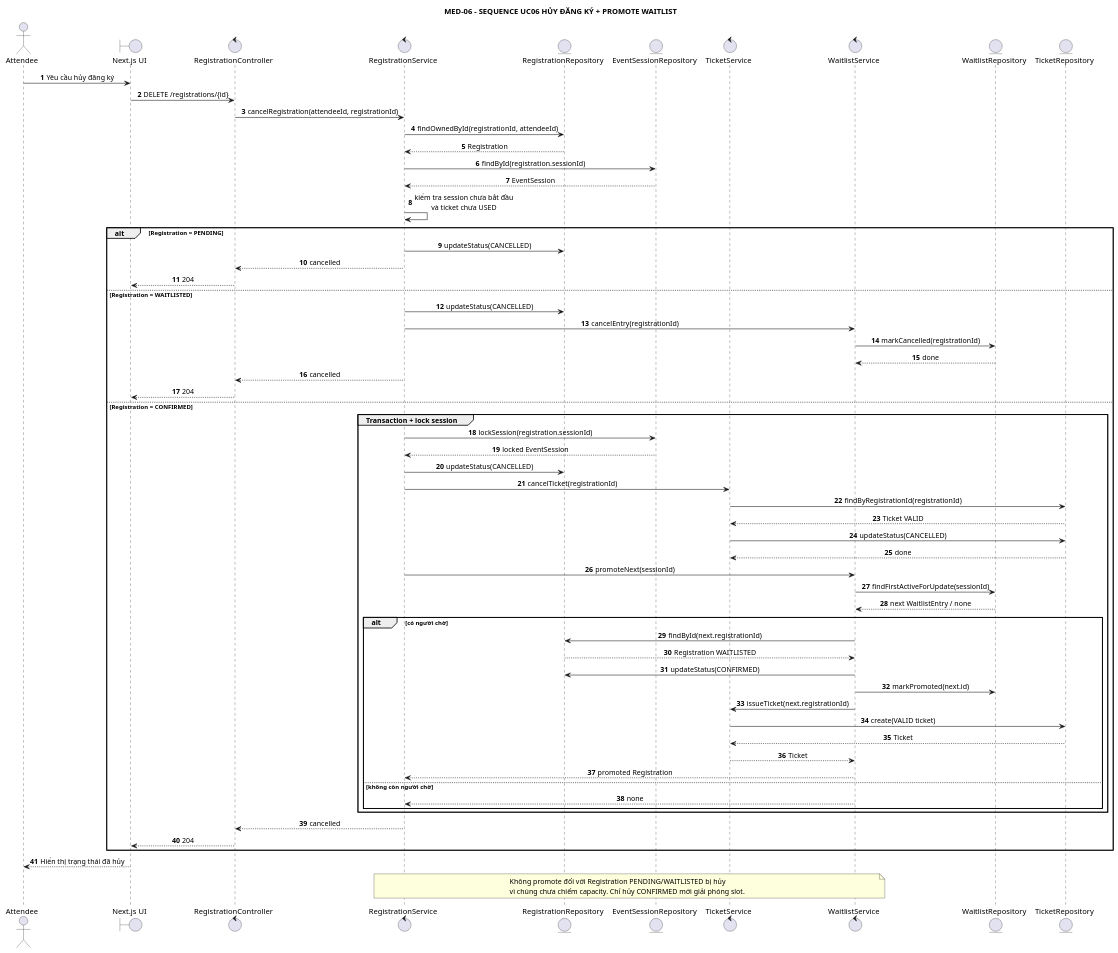
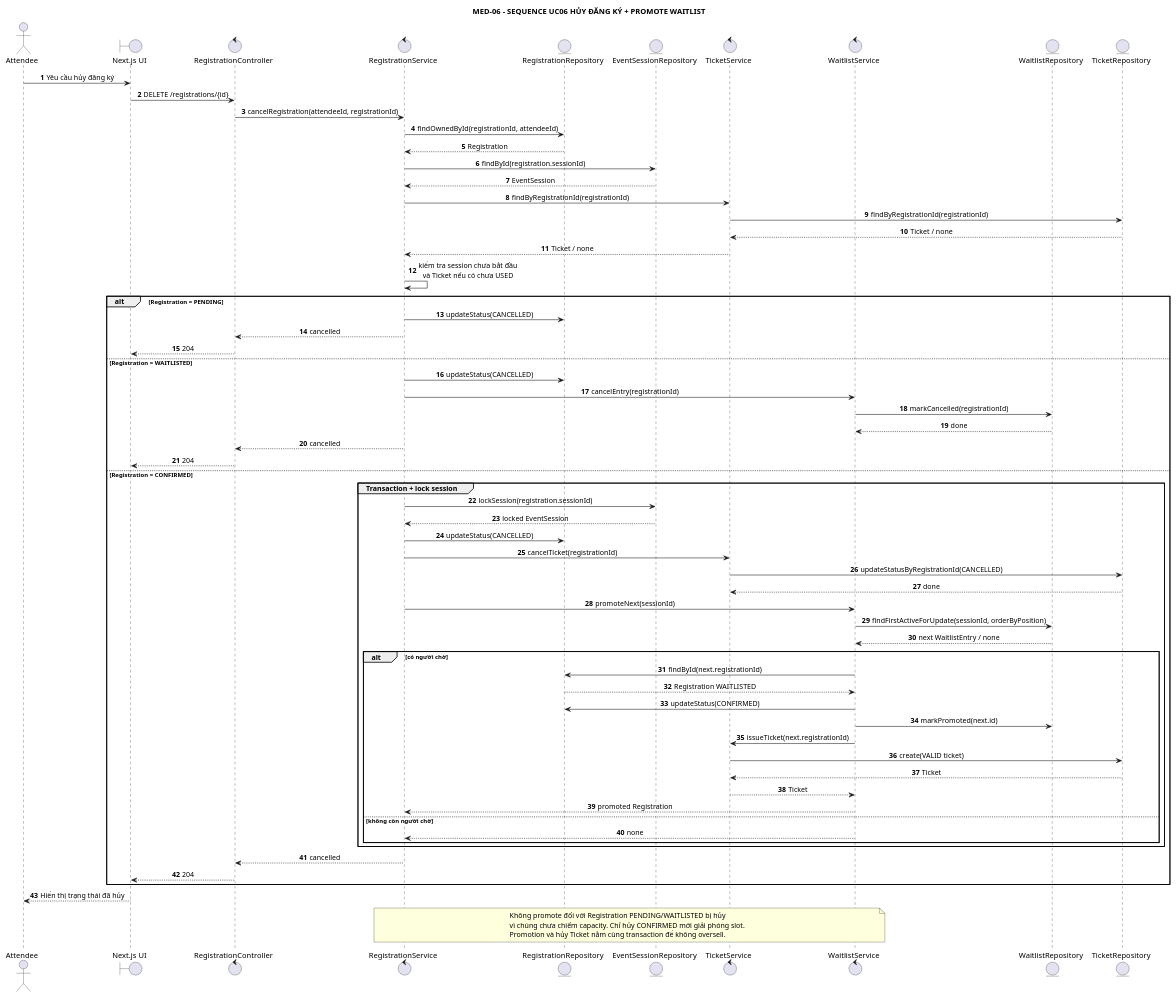
The diagram in PTTK/05_Sequence/02-uc06-cancel-promote-waitlist.puml (anh632k-ui/OOP-DoAn), drawn with PlantUML before and after one commit.

Commit message:
review(pttk): fix UC06 ticket validation and promotion ordering

```diff
--- a/PTTK/05_Sequence/02-uc06-cancel-promote-waitlist.puml
+++ b/PTTK/05_Sequence/02-uc06-cancel-promote-waitlist.puml
@@ -1,83 +1,86 @@
 @startuml
 skinparam shadowing false
 skinparam sequenceMessageAlign center
 skinparam responseMessageBelowArrow true
 
 title MED-06 - SEQUENCE UC06 HỦY ĐĂNG KÝ + PROMOTE WAITLIST
 
 actor Attendee
 boundary "Next.js UI" as UI
 control "RegistrationController" as RC
 control "RegistrationService" as RS
 entity "RegistrationRepository" as RR
 entity "EventSessionRepository" as ESR
 control "TicketService" as TS
 control "WaitlistService" as WS
 entity "WaitlistRepository" as WR
 entity "TicketRepository" as TR
 
 autonumber
 Attendee -> UI : Yêu cầu hủy đăng ký
 UI -> RC : DELETE /registrations/{id}
 RC -> RS : cancelRegistration(attendeeId, registrationId)
 RS -> RR : findOwnedById(registrationId, attendeeId)
 RR --> RS : Registration
 RS -> ESR : findById(registration.sessionId)
 ESR --> RS : EventSession
-RS -> RS : kiểm tra session chưa bắt đầu\nvà ticket chưa USED
+RS -> TS : findByRegistrationId(registrationId)
+TS -> TR : findByRegistrationId(registrationId)
+TR --> TS : Ticket / none
+TS --> RS : Ticket / none
+RS -> RS : kiểm tra session chưa bắt đầu\nvà Ticket nếu có chưa USED
 
 alt Registration = PENDING
   RS -> RR : updateStatus(CANCELLED)
   RS --> RC : cancelled
   RC --> UI : 204
 
 else Registration = WAITLISTED
   RS -> RR : updateStatus(CANCELLED)
   RS -> WS : cancelEntry(registrationId)
   WS -> WR : markCancelled(registrationId)
   WR --> WS : done
   RS --> RC : cancelled
   RC --> UI : 204
 
 else Registration = CONFIRMED
   group Transaction + lock session
     RS -> ESR : lockSession(registration.sessionId)
     ESR --> RS : locked EventSession
     RS -> RR : updateStatus(CANCELLED)
     RS -> TS : cancelTicket(registrationId)
-    TS -> TR : findByRegistrationId(registrationId)
-    TR --> TS : Ticket VALID
-    TS -> TR : updateStatus(CANCELLED)
+    TS -> TR : updateStatusByRegistrationId(CANCELLED)
     TR --> TS : done
 
     RS -> WS : promoteNext(sessionId)
-    WS -> WR : findFirstActiveForUpdate(sessionId)
+    WS -> WR : findFirstActiveForUpdate(sessionId, orderByPosition)
     WR --> WS : next WaitlistEntry / none
 
     alt có người chờ
       WS -> RR : findById(next.registrationId)
       RR --> WS : Registration WAITLISTED
       WS -> RR : updateStatus(CONFIRMED)
       WS -> WR : markPromoted(next.id)
       WS -> TS : issueTicket(next.registrationId)
       TS -> TR : create(VALID ticket)
       TR --> TS : Ticket
       TS --> WS : Ticket
       WS --> RS : promoted Registration
     else không còn người chờ
       WS --> RS : none
     end
   end
 
   RS --> RC : cancelled
   RC --> UI : 204
 end
 
 UI --> Attendee : Hiển thị trạng thái đã hủy
 
 note over RS,WS
 Không promote đối với Registration PENDING/WAITLISTED bị hủy
 vì chúng chưa chiếm capacity. Chỉ hủy CONFIRMED mới giải phóng slot.
+Promotion và hủy Ticket nằm cùng transaction để không oversell.
 end note
 
 @enduml
```
